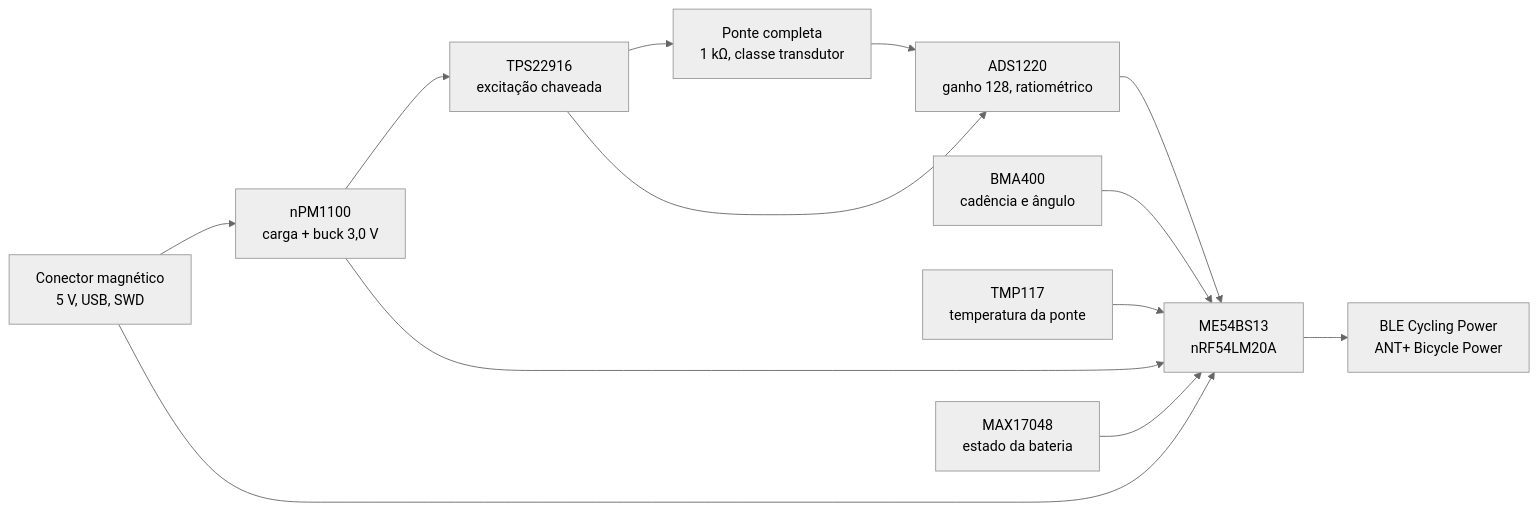
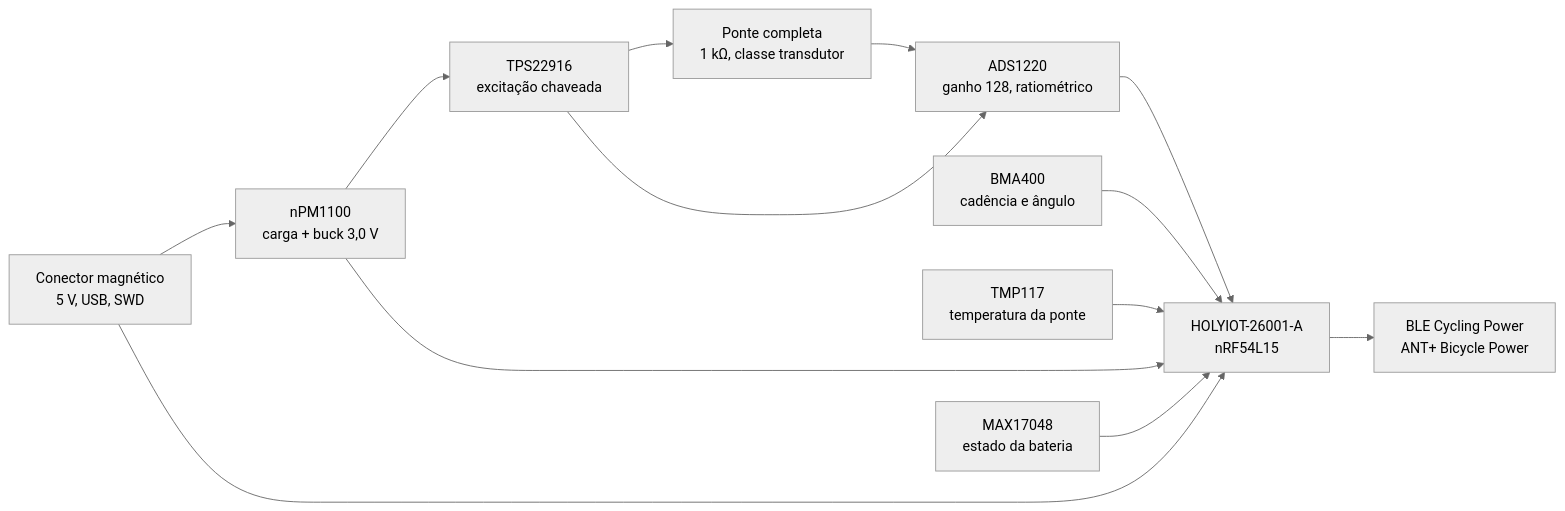
Before and after one commit to Guiimartinho/bike-powermeter: the diagram in hardware_powermeter/01-lista-de-componentes.md, drawn with Mermaid (neutral theme). The commit also changed other lines of this file and 14 other files, not shown here.

````diff
--- a/hardware_powermeter/01-lista-de-componentes.md
+++ b/hardware_powermeter/01-lista-de-componentes.md
@@ -11,15 +11,15 @@
 ```mermaid
 flowchart LR
     G["Ponte completa<br/>1 kΩ, classe transdutor"] --> A["ADS1220<br/>ganho 128, ratiométrico"]
     SW["TPS22916<br/>excitação chaveada"] --> G
     SW --> A
-    A --> M["ME54BS13<br/>nRF54LM20A"]
+    A --> M["HOLYIOT-26001-A<br/>nRF54L15"]
     I["BMA400<br/>cadência e ângulo"] --> M
     T["TMP117<br/>temperatura da ponte"] --> M
     M --> R["BLE Cycling Power<br/>ANT+ Bicycle Power"]
     P["nPM1100<br/>carga + buck 3,0 V"] --> M
     P --> SW
     F["MAX17048<br/>estado da bateria"] --> M
     C["Conector magnético<br/>5 V, USB, SWD"] --> P
     C --> M
 ```
````
